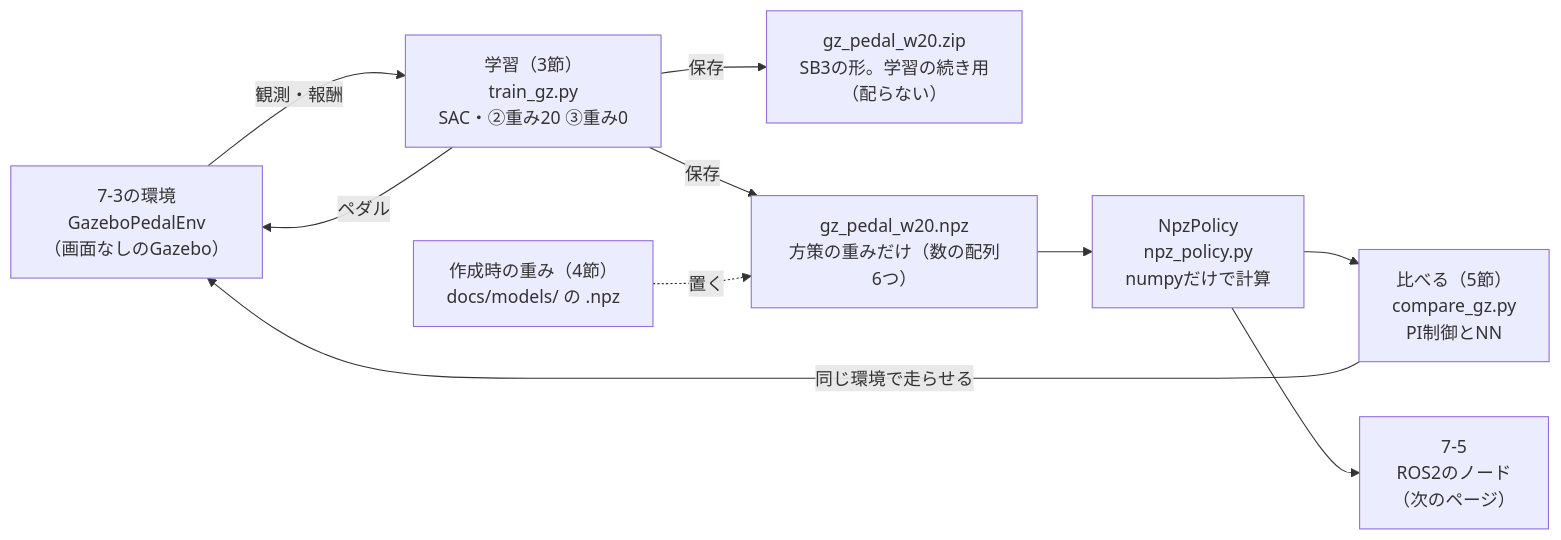
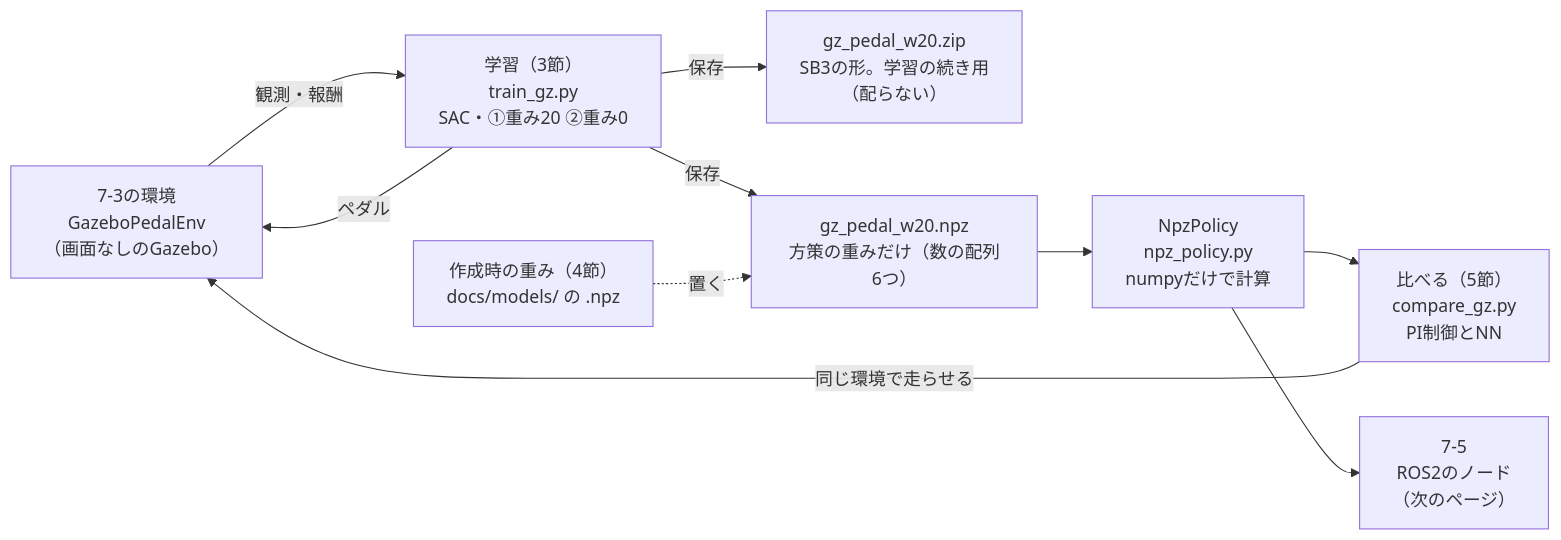
One commit to SanghunIm1991/ros2MinimalPhysicalAi changed the diagram in docs/phase7_4_gz_nn_policy.md. Above: the diagram before and after it, drawn with Mermaid. The commit also changed other lines of this file and 14 other files, not shown here.

````diff
--- a/docs/phase7_4_gz_nn_policy.md
+++ b/docs/phase7_4_gz_nn_policy.md
@@ -45,20 +43,20 @@
 ```mermaid
 flowchart LR
     ENV["7-3の環境<br/>GazeboPedalEnv<br/>（画面なしのGazebo）"]
-    SAC["学習（3節）<br/>train_gz.py<br/>SAC・②重み20 ③重み0"]
+    SAC["学習（3節）<br/>train_gz.py<br/>SAC・①重み20 ②重み0"]
     ZIP["gz_pedal_w20.zip<br/>SB3の形。学習の続き用<br/>（配らない）"]
     NPZ["gz_pedal_w20.npz<br/>方策の重みだけ（数の配列6つ）"]
     DIST["作成時の重み（4節）<br/>docs/models/ の .npz"]
     POL["NpzPolicy<br/>npz_policy.py<br/>numpyだけで計算"]
     CMP["比べる（5節）<br/>compare_gz.py<br/>PI制御とNN"]
     NODE["7-5<br/>ROS2のノード<br/>（次のページ）"]
     SAC -- "ペダル" --> ENV
     ENV -- "観測・報酬" --> SAC
     SAC -- "保存" --> ZIP
     SAC -- "保存" --> NPZ
     DIST -. "置く" .-> NPZ
     NPZ --> POL
     POL --> CMP
     POL --> NODE
     CMP -- "同じ環境で走らせる" --> ENV
 ```
````
